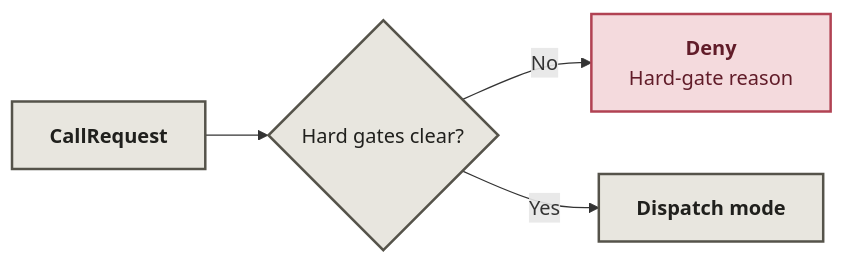
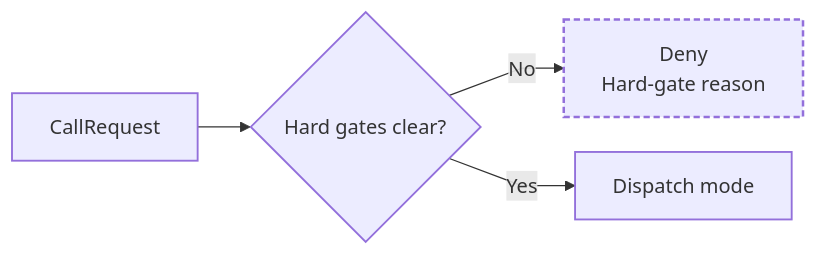
The first of 2 diagrams in README.md (Niyam-Paneru/ai-sales-call-guard), drawn with Mermaid before and after one commit. The commit also changed other lines of this file, not shown here.

Commit message:
Improve Mermaid layout and light-dark theme readability

````diff
--- a/README.md
+++ b/README.md
@@ -13,11 +13,20 @@
 ```mermaid
+---
+config:
+  flowchart:
+    curve: linear
+    nodeSpacing: 28
+    rankSpacing: 42
+---
 flowchart LR
-    R["<b>CallRequest</b>"] --> H{"Hard gates clear?"}
-    H -- No --> D["<b>Deny</b><br/>Hard-gate reason"]
-    H -- Yes --> M["<b>Dispatch mode</b>"]
-    classDef input fill:#e8e6df,stroke:#55534a,color:#20201d,stroke-width:2px;
-    classDef pass fill:#d2e5d8,stroke:#38734d,color:#183923,stroke-width:2px;
-    classDef stop fill:#f4dadd,stroke:#b14253,color:#611c29,stroke-width:2px;
+    accTitle: Hard gates: reject before mode dispatch
+    accDescr: Decision flow for hard gates: reject before mode dispatch.
+    R["CallRequest"] --> H{"Hard gates clear?"}
+    H -- No --> D["Deny<br/>Hard-gate reason"]
+    H -- Yes --> M["Dispatch mode"]
+    classDef input stroke-width:1.5px;
+    classDef pass stroke-width:2.5px;
+    classDef stop stroke-width:2px,stroke-dasharray:5 3;
     class R,H,M input;
     class D stop;
 ```
````
